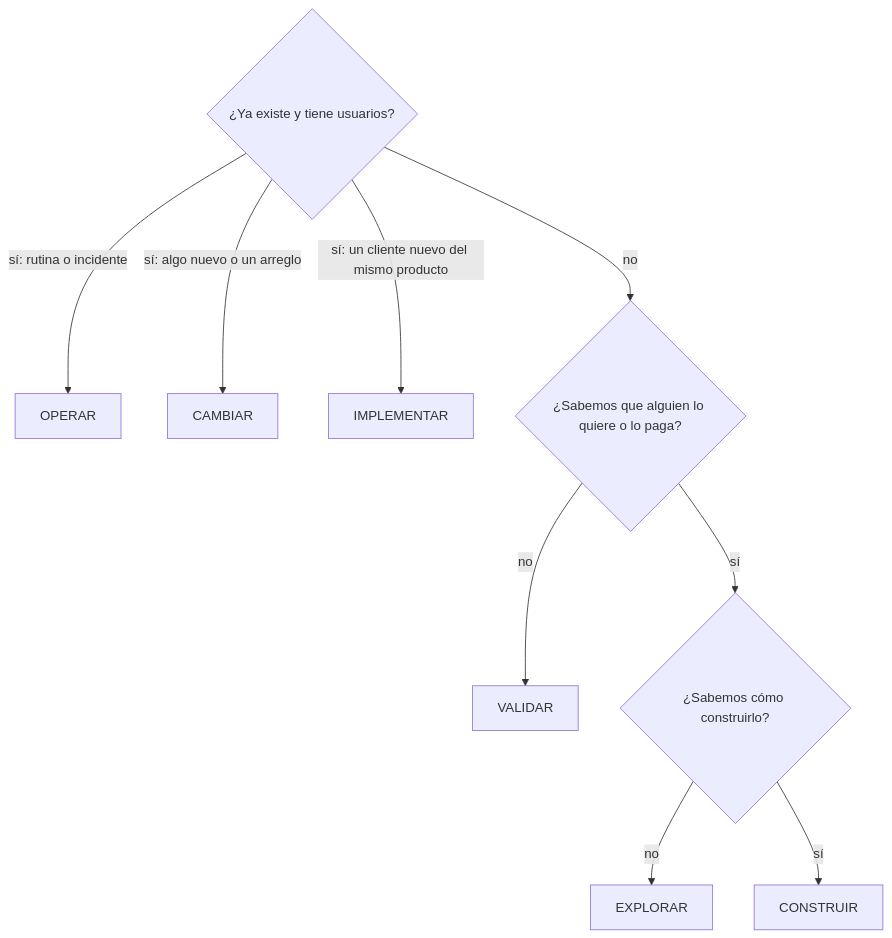
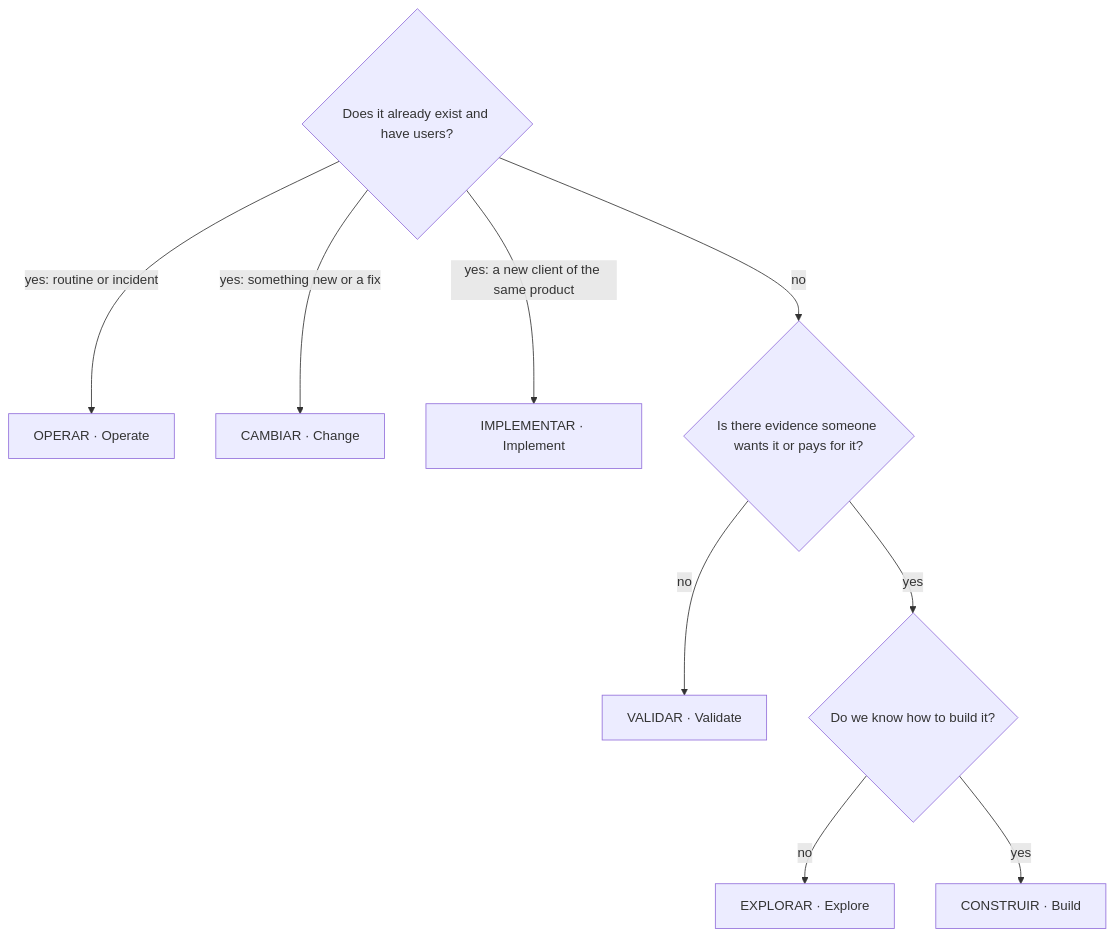
The diagram in README.md (giuliano-z/gzsm), drawn with Mermaid before and after one commit. The commit also changed other lines of this file and 46 other files, not shown here.

````diff
--- a/README.md
+++ b/README.md
@@ -20,12 +40,12 @@
 ```mermaid
 flowchart TD
-  Q1{"¿Ya existe y tiene usuarios?"}
-  Q1 -- "sí: rutina o incidente" --> OP["OPERAR"]
-  Q1 -- "sí: algo nuevo o un arreglo" --> CA["CAMBIAR"]
-  Q1 -- "sí: un cliente nuevo del mismo producto" --> IM["IMPLEMENTAR"]
-  Q1 -- no --> Q2{"¿Sabemos que alguien lo quiere o lo paga?"}
-  Q2 -- no --> VA["VALIDAR"]
-  Q2 -- sí --> Q3{"¿Sabemos cómo construirlo?"}
-  Q3 -- no --> EX["EXPLORAR"]
-  Q3 -- sí --> CO["CONSTRUIR"]
+  Q1{"Does it already exist and have users?"}
+  Q1 -- "yes: routine or incident" --> OP["OPERAR · Operate"]
+  Q1 -- "yes: something new or a fix" --> CA["CAMBIAR · Change"]
+  Q1 -- "yes: a new client of the same product" --> IM["IMPLEMENTAR · Implement"]
+  Q1 -- no --> Q2{"Is there evidence someone wants it or pays for it?"}
+  Q2 -- no --> VA["VALIDAR · Validate"]
+  Q2 -- yes --> Q3{"Do we know how to build it?"}
+  Q3 -- no --> EX["EXPLORAR · Explore"]
+  Q3 -- yes --> CO["CONSTRUIR · Build"]
 ```
````
